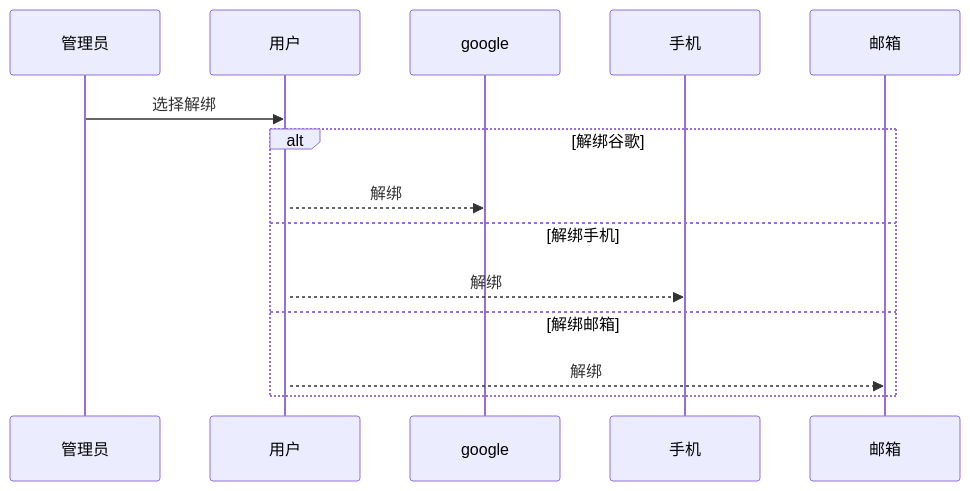
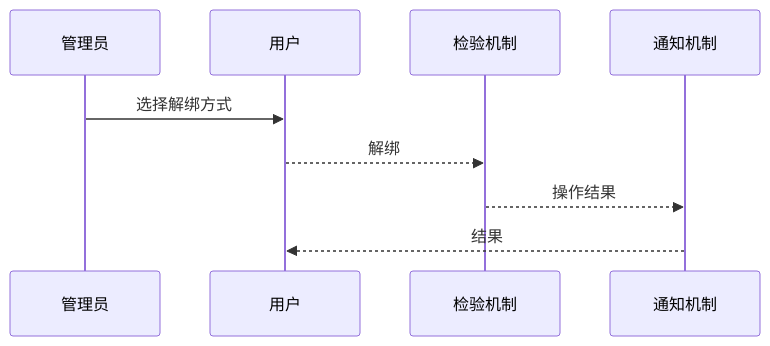
One commit to neomaclin/designdoc changed diagram 14 of 22 in Readme.md. Above: the diagram before and after it, drawn with Mermaid. The commit also changed other lines of this file and 3 other files, not shown here.

````diff
--- a/Readme.md
+++ b/Readme.md
@@ -126,19 +234,14 @@
 ```mermaid
 
 sequenceDiagram
     participant s as 管理员
     participant u as 用户
-    participant g as google
-    participant p as 手机
-    participant m as 邮箱
+    participant c as 检验机制
+    participant n as 通知机制
 
-    s->>u: 选择解绑
-    activate u
-    alt 解绑谷歌
-        u-->>g: 解绑
-    else 解绑手机
-        u-->>p: 解绑
-    else 解绑邮箱
-        u-->>m: 解绑
-    end
+    s->>u: 选择解绑方式
+    u-->>c: 解绑
+    c-->>n: 操作结果
+    n-->>u: 结果
+    
 ```
````
